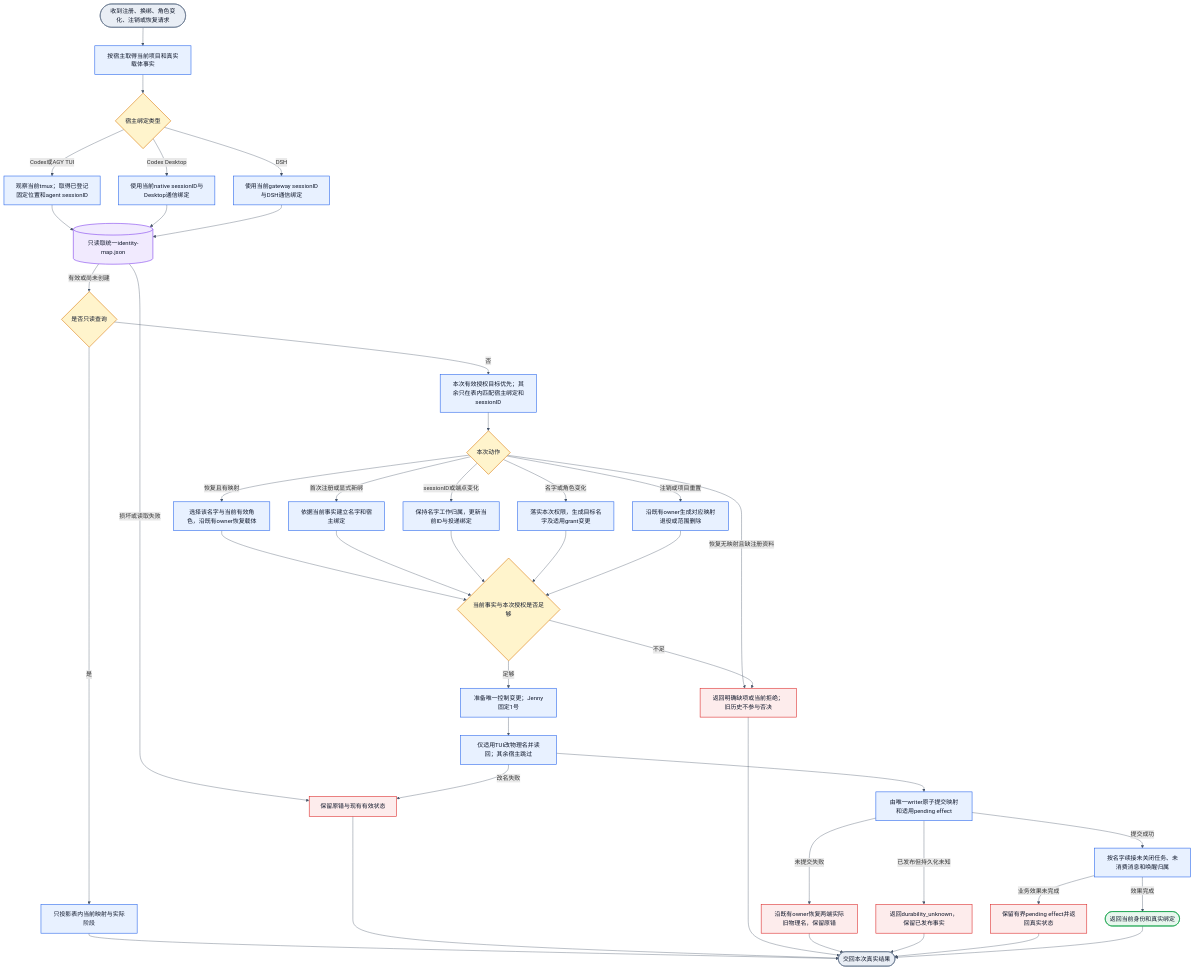
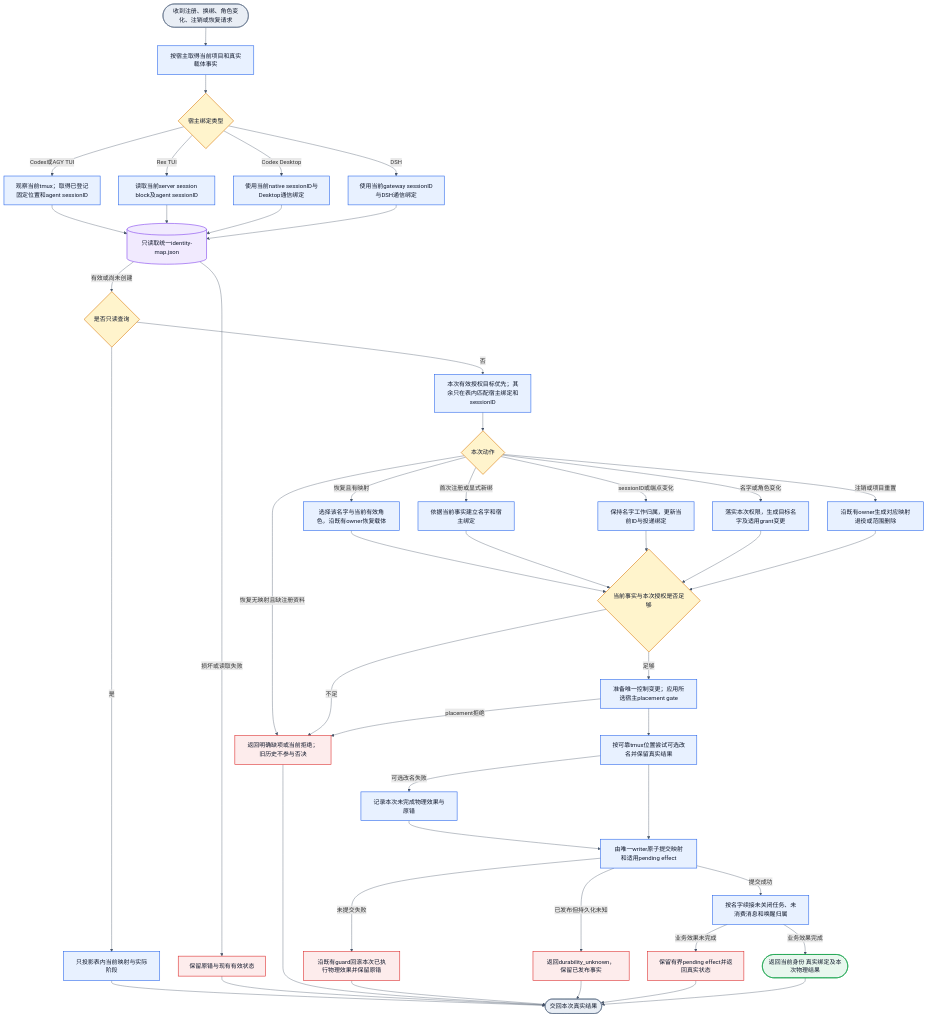
One commit to Jasonzhangf/appsdk changed the diagram in docs/design/collab-unified-identity-map.md. Above: the diagram before and after it, drawn with Mermaid. The commit also changed other lines of this file and 103 other files, not shown here.

````diff
--- a/docs/design/collab-unified-identity-map.md
+++ b/docs/design/collab-unified-identity-map.md
@@ -34,55 +38,59 @@
 ```mermaid
 flowchart TD
   S([收到注册、换绑、角色变化、注销或恢复请求]):::boundary
   S --> F[按宿主取得当前项目和真实载体事实]:::action
   F --> D{宿主绑定类型}:::decision
   D -->|Codex或AGY TUI| T[观察当前tmux；取得已登记固定位置和agent sessionID]:::action
+  D -->|Rex TUI| RX[读取当前server session block及agent sessionID]:::action
   D -->|Codex Desktop| C[使用当前native sessionID与Desktop通信绑定]:::action
   D -->|DSH| G[使用当前gateway sessionID与DSH通信绑定]:::action
   T --> R
+  RX --> R
   C --> R
   G --> R
   R[(只读取统一identity-map.json)]:::data
   R -->|损坏或读取失败| X[保留原错与现有有效状态]:::failure
   R -->|有效或尚未创建| Q{是否只读查询}:::decision
   Q -->|是| V[只投影表内当前映射与实际阶段]:::action
   Q -->|否| M[本次有效授权目标优先；其余只在表内匹配宿主绑定和sessionID]:::action
   M --> K{本次动作}:::decision
   K -->|恢复且有映射| O[选择该名字与当前有效角色，沿既有owner恢复载体]:::action
   K -->|恢复无映射且缺注册资料| B
   K -->|首次注册或显式新绑| N[依据当前事实建立名字和宿主绑定]:::action
   K -->|sessionID或端点变化| U[保持名字工作归属，更新当前ID与投递绑定]:::action
   K -->|名字或角色变化| A[落实本次权限，生成目标名字及适用grant变更]:::action
   K -->|注销或项目重置| Z[沿既有owner生成对应映射退役或范围删除]:::action
   O --> P
   N --> P
   U --> P
   A --> P
   Z --> P
   P{当前事实与本次授权是否足够}:::decision
   P -->|不足| B[返回明确缺项或当前拒绝；旧历史不参与否决]:::failure
-  P -->|足够| E[准备唯一控制变更；Jenny固定1号]:::action
-  E --> H[仅适用TUI改物理名并读回；其余宿主跳过]:::action
-  H -->|改名失败| X
+  P -->|足够| E[准备唯一控制变更；应用所选宿主placement gate]:::action
+  E -->|placement拒绝| B
+  E --> H[按可靠tmux位置尝试可选改名并保留真实结果]:::action
+  H -->|可选改名失败| PE[记录本次未完成物理效果与原错]:::action
+  PE --> W
   H --> W[由唯一writer原子提交映射和适用pending effect]:::action
-  W -->|未提交失败| RB[沿既有owner恢复两端实际旧物理名，保留原错]:::failure
+  W -->|未提交失败| RB[沿既有guard回滚本次已执行物理效果并保留原错]:::failure
   W -->|已发布但持久化未知| UK[返回durability_unknown，保留已发布事实]:::failure
   W -->|提交成功| EF[按名字续接未关闭任务、未消费消息和唤醒归属]:::action
   EF -->|业务效果未完成| EP[保留有界pending effect并返回真实状态]:::failure
-  EF -->|效果完成| OK([返回当前身份和真实绑定]):::success
+  EF -->|业务效果完成| OK([返回当前身份 真实绑定及本次物理结果]):::success
   V --> END([交回本次真实结果]):::boundary
   X --> END
   B --> END
   RB --> END
   UK --> END
   EP --> END
   OK --> END
 
   classDef boundary fill:#E9EEF5,stroke:#64748B,color:#0F172A,stroke-width:1.5px
   classDef action fill:#E8F1FF,stroke:#2563EB,color:#0F172A,stroke-width:1.5px
   classDef decision fill:#FFF4CC,stroke:#D97706,color:#0F172A,stroke-width:1.5px
   classDef data fill:#F1EAFE,stroke:#7C3AED,color:#0F172A,stroke-width:1.5px
   classDef success fill:#E8F7EE,stroke:#16A34A,color:#0F172A,stroke-width:1.5px
   classDef failure fill:#FDECEC,stroke:#DC2626,color:#0F172A,stroke-width:1.5px
   linkStyle default stroke:#475569
 ```
````
